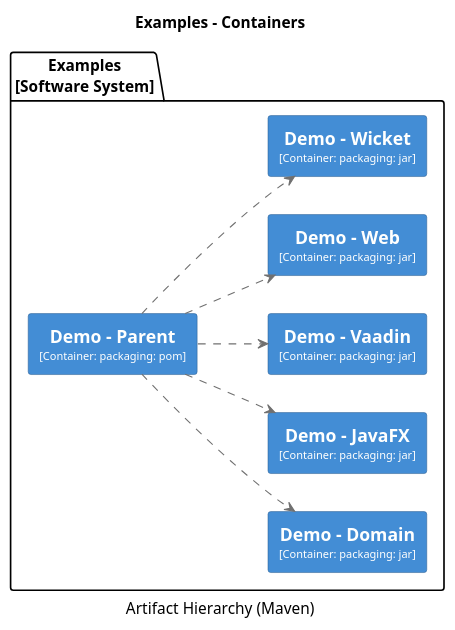
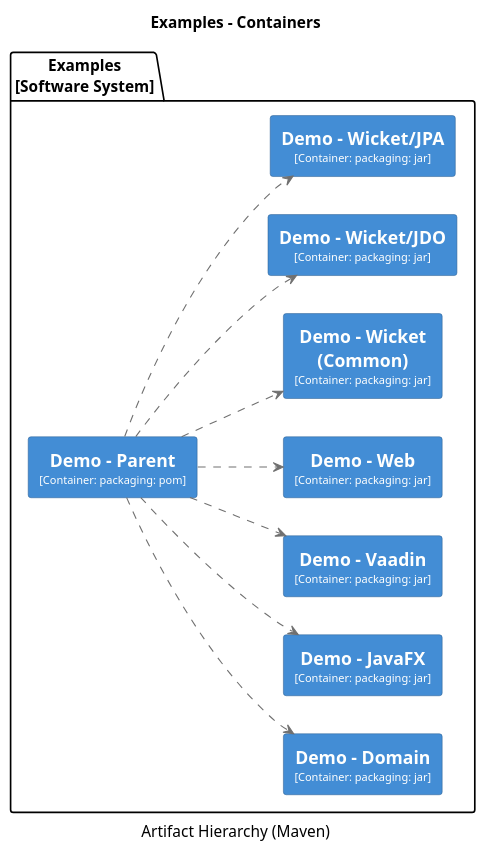
The fourth of 38 diagrams in core/adoc/modules/_overview/pages/about.adoc (apache/causeway), drawn with PlantUML before and after one commit. The commit also changed other lines of this file and 135 other files, not shown here.

```diff
--- a/core/adoc/modules/_overview/pages/about.adoc
+++ b/core/adoc/modules/_overview/pages/about.adoc
@@ -707,60 +707,74 @@
 [plantuml,Examples,svg]
 ----
 @startuml(id=Examples)
 title Examples - Containers
 caption Artifact Hierarchy (Maven)
 
 skinparam {
   shadowing false
   arrowFontSize 10
   defaultTextAlignment center
   wrapWidth 200
   maxMessageSize 100
 }
 hide stereotype
 left to right direction
 skinparam rectangle<<2>> {
   BackgroundColor #438dd5
   FontColor #fffffe
   BorderColor #2E6295
 }
 skinparam rectangle<<3>> {
   BackgroundColor #438dd5
   FontColor #fffffe
   BorderColor #2E6295
 }
 skinparam rectangle<<4>> {
   BackgroundColor #438dd5
   FontColor #fffffe
   BorderColor #2E6295
 }
 skinparam rectangle<<5>> {
   BackgroundColor #438dd5
   FontColor #fffffe
   BorderColor #2E6295
 }
 skinparam rectangle<<6>> {
   BackgroundColor #438dd5
   FontColor #fffffe
   BorderColor #2E6295
 }
 skinparam rectangle<<7>> {
   BackgroundColor #438dd5
   FontColor #fffffe
   BorderColor #2E6295
 }
+skinparam rectangle<<8>> {
+  BackgroundColor #438dd5
+  FontColor #fffffe
+  BorderColor #2E6295
+}
+skinparam rectangle<<9>> {
+  BackgroundColor #438dd5
+  FontColor #fffffe
+  BorderColor #2E6295
+}
 package "Examples\n[Software System]" {
   rectangle "==Demo - Domain\n<size:10>[Container: packaging: jar]</size>" <<3>> as 3
   rectangle "==Demo - JavaFX\n<size:10>[Container: packaging: jar]</size>" <<4>> as 4
   rectangle "==Demo - Parent\n<size:10>[Container: packaging: pom]</size>" <<2>> as 2
   rectangle "==Demo - Vaadin\n<size:10>[Container: packaging: jar]</size>" <<5>> as 5
   rectangle "==Demo - Web\n<size:10>[Container: packaging: jar]</size>" <<6>> as 6
-  rectangle "==Demo - Wicket\n<size:10>[Container: packaging: jar]</size>" <<7>> as 7
+  rectangle "==Demo - Wicket (Common)\n<size:10>[Container: packaging: jar]</size>" <<7>> as 7
+  rectangle "==Demo - Wicket/JDO\n<size:10>[Container: packaging: jar]</size>" <<8>> as 8
+  rectangle "==Demo - Wicket/JPA\n<size:10>[Container: packaging: jar]</size>" <<9>> as 9
 }
 2 .[#707070].> 3 : ""
 2 .[#707070].> 4 : ""
 2 .[#707070].> 5 : ""
 2 .[#707070].> 6 : ""
 2 .[#707070].> 7 : ""
+2 .[#707070].> 8 : ""
+2 .[#707070].> 9 : ""
 @enduml
 ----
```
